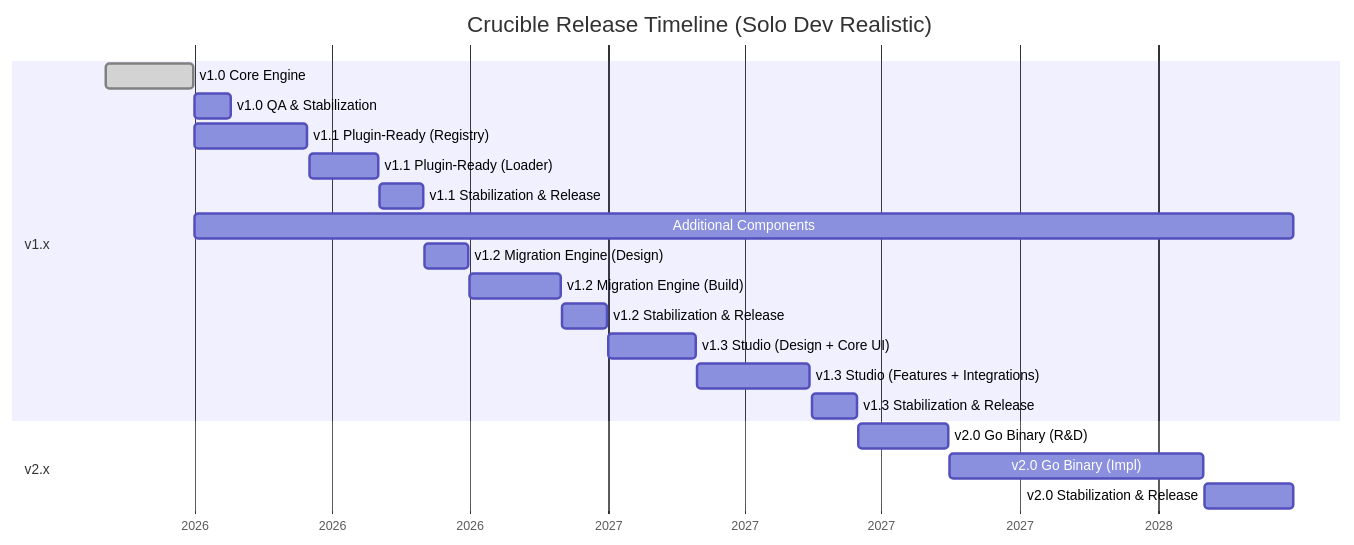
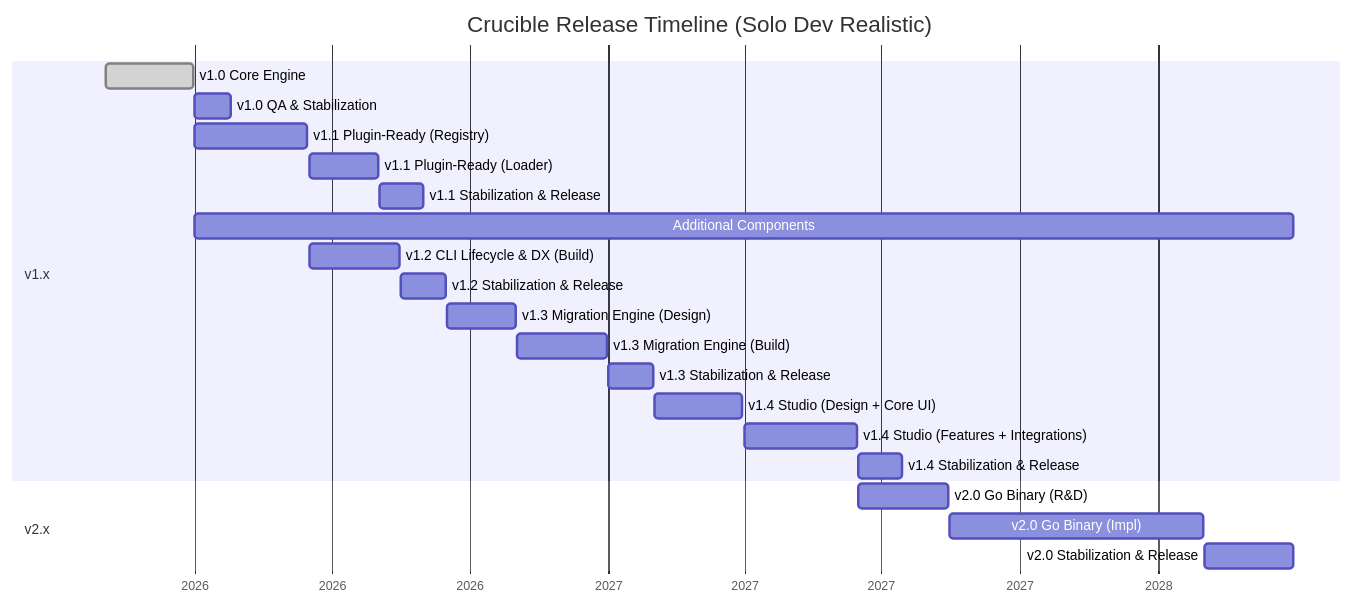
The first of 4 diagrams in ROADMAP.md (Naveen2070/project_crucible), drawn with Mermaid before and after one commit. The commit also changed other lines of this file and 8 other files, not shown here.

Commit message:
chore: bump roadmap with v1.2 CLI lifecycle section, pin esbuild@0.28.1

````diff
--- a/ROADMAP.md
+++ b/ROADMAP.md
@@ -160,31 +160,34 @@
 ```mermaid
 gantt
     title Crucible Release Timeline (Solo Dev Realistic)
     dateFormat  YYYY-MM-DD
     axisFormat  %Y
 
     section v1.x
 
     v1.0 Core Engine           :done, 2026-02-01, 2026-03-31
     v1.0 QA & Stabilization    :2026-04-01, 2026-04-25
 
     v1.1 Plugin-Ready (Registry):2026-04-01, 2026-06-15
     v1.1 Plugin-Ready (Loader)  :2026-06-16, 2026-08-01
     v1.1 Stabilization & Release:2026-08-02, 2026-08-31
 
     Additional Components       :2026-04-01, 2028-03-31
 
-    v1.2 Migration Engine (Design) :2026-09-01, 2026-09-30
-    v1.2 Migration Engine (Build)  :2026-10-01, 2026-11-30
-    v1.2 Stabilization & Release   :2026-12-01, 2026-12-31
+    v1.2 CLI Lifecycle & DX (Build) :2026-06-16, 2026-08-15
+    v1.2 Stabilization & Release    :2026-08-16, 2026-09-15
 
-    v1.3 Studio (Design + Core UI) :2027-01-01, 2027-02-28
-    v1.3 Studio (Features + Integrations) :2027-03-01, 2027-05-15
-    v1.3 Stabilization & Release   :2027-05-16, 2027-06-15
+    v1.3 Migration Engine (Design) :2026-09-16, 2026-10-31
+    v1.3 Migration Engine (Build)  :2026-11-01, 2026-12-31
+    v1.3 Stabilization & Release   :2027-01-01, 2027-01-31
+
+    v1.4 Studio (Design + Core UI) :2027-02-01, 2027-03-31
+    v1.4 Studio (Features + Integrations) :2027-04-01, 2027-06-15
+    v1.4 Stabilization & Release   :2027-06-16, 2027-07-15
 
     section v2.x
 
     v2.0 Go Binary (R&D)       :2027-06-16, 2027-08-15
     v2.0 Go Binary (Impl)      :2027-08-16, 2028-01-31
     v2.0 Stabilization & Release:2028-02-01, 2028-03-31
 ```
````
